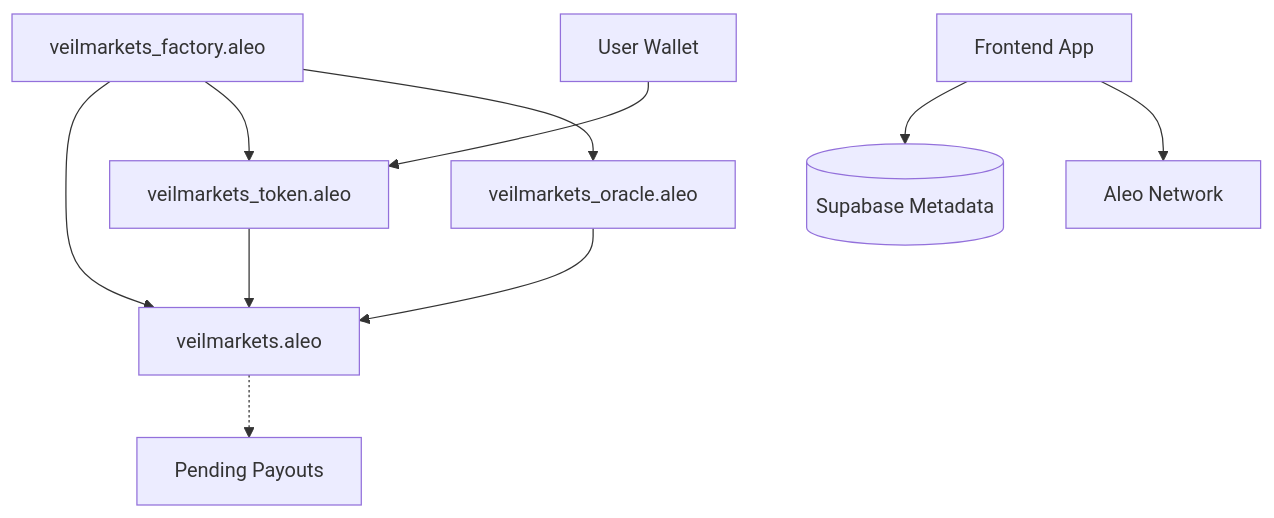
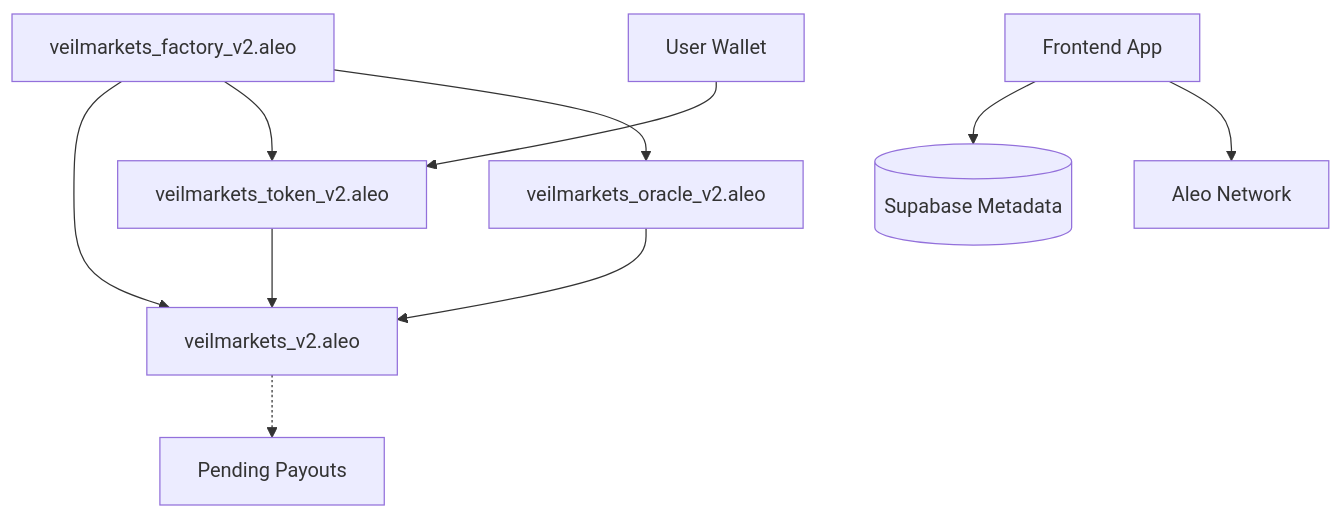
One commit to Psalmuel01/VeilMarkets changed the diagram in README.md. Above: the diagram before and after it, drawn with Mermaid. The commit also changed other lines of this file, not shown here.

````diff
--- a/README.md
+++ b/README.md
@@ -74,14 +74,14 @@
 ```mermaid
 graph TD
-    Factory[veilmarkets_factory.aleo] --> Core[veilmarkets.aleo]
-    Factory --> Token[veilmarkets_token.aleo]
-    Factory --> Oracle[veilmarkets_oracle.aleo]
+    Factory[veilmarkets_factory_v2.aleo] --> Core[veilmarkets_v2.aleo]
+    Factory --> Token[veilmarkets_token_v2.aleo]
+    Factory --> Oracle[veilmarkets_oracle_v2.aleo]
     
     User[User Wallet] --> Token
     Token --> Core
     Core -.-> Pending[Pending Payouts]
     Oracle --> Core
     
     Frontend[Frontend App] --> Supabase[(Supabase Metadata)]
     Frontend --> Aleo[Aleo Network]
 ```
````
